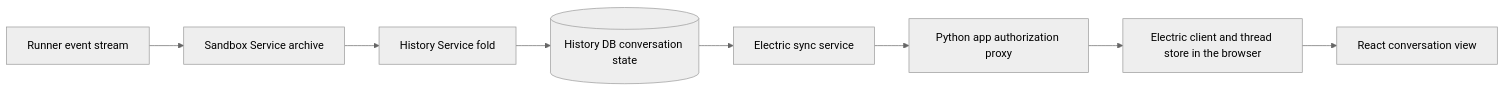
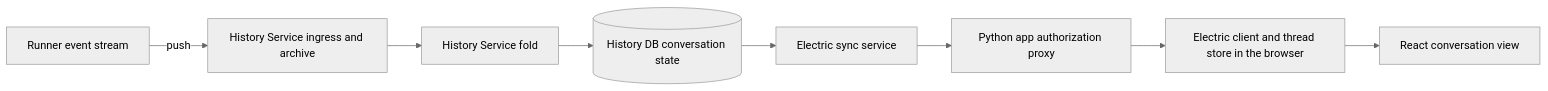
The diagram in agentplane/docs/thread_view_sync.md (agentydragon-agent/ducktape), drawn with Mermaid (neutral theme) before and after one commit. The commit also changed other lines of this file and 19 other files, not shown here.

````diff
--- a/agentplane/docs/thread_view_sync.md
+++ b/agentplane/docs/thread_view_sync.md
@@ -249,10 +249,10 @@
 ```mermaid
 flowchart LR
-    runner[Runner event stream] --> sandbox[Sandbox Service archive]
-    sandbox --> history[History Service fold]
+    runner[Runner event stream] -->|push| archive[History Service ingress and archive]
+    archive --> history[History Service fold]
     history --> pg[(History DB conversation state)]
     pg --> electric[Electric sync service]
     electric --> proxy[Python app authorization proxy]
     proxy --> client[Electric client and thread store in the browser]
     client --> react[React conversation view]
 ```
````
